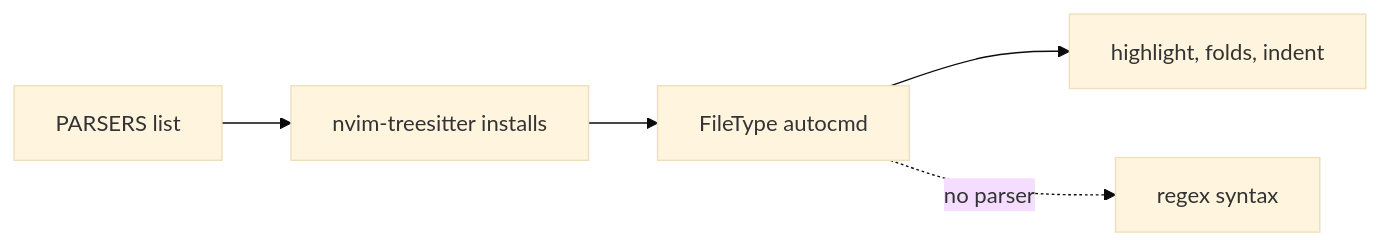
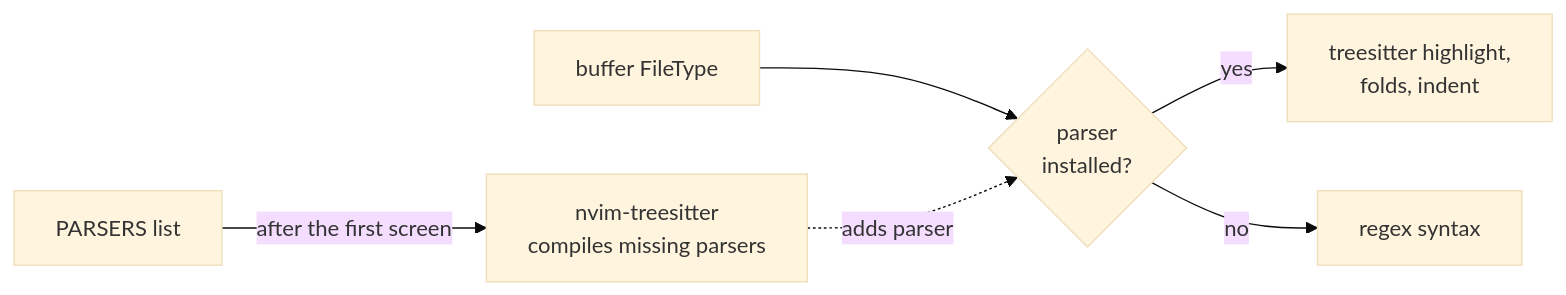
The third of 3 diagrams in docs/architecture.md (zttingbot/neovim-config), drawn with Mermaid (base theme) before and after one commit. The commit also changed other lines of this file and 5 other files, not shown here.

Commit message:
docs(config): simplify guides with examples and diagrams

````diff
--- a/docs/architecture.md
+++ b/docs/architecture.md
@@ -92,5 +82,7 @@
 ```mermaid
 flowchart LR
-  list[PARSERS list] --> install[nvim-treesitter installs] --> ft[FileType autocmd] --> out[highlight, folds, indent]
-  ft -. no parser .-> regex[regex syntax]
+  ft[buffer FileType] --> found{"parser<br/>installed?"}
+  found -- yes --> out["treesitter highlight,<br/>folds, indent"]
+  found -- no --> regex[regex syntax]
+  list[PARSERS list] -- after the first screen --> install["nvim-treesitter<br/>compiles missing parsers"] -. adds parser .-> found
 ```
````
